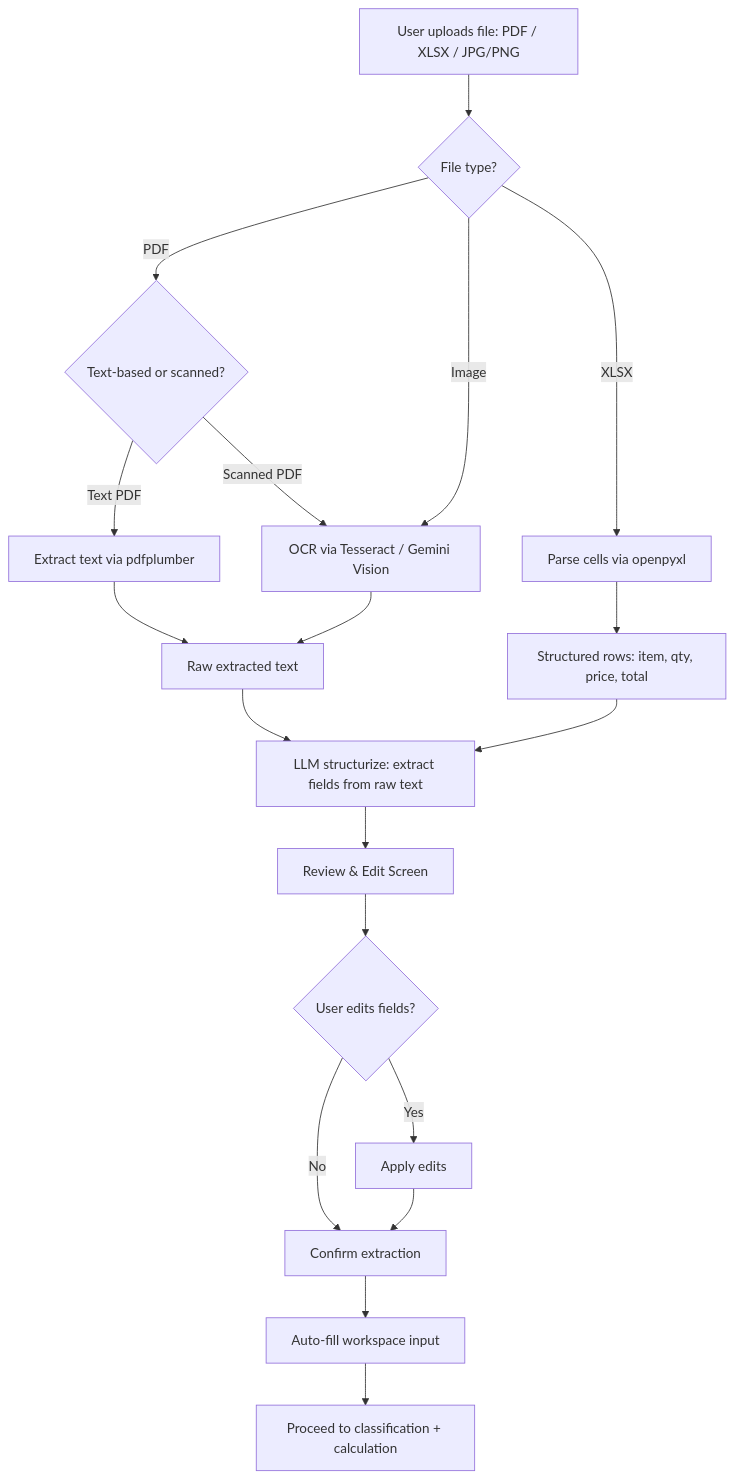
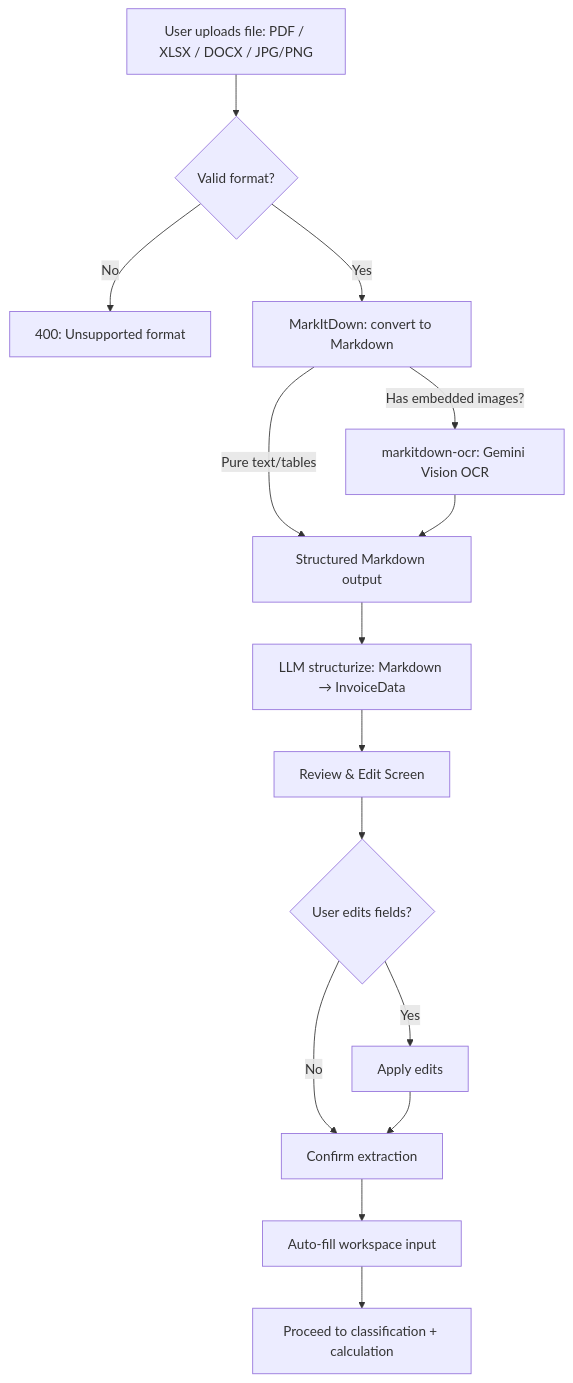
The first of 3 diagrams in flows/integrations/document_parsing_flow.md (Laurentzius/smartkeden), drawn with Mermaid before and after one commit. The commit also changed other lines of this file and 23 other files, not shown here.

````diff
--- a/flows/integrations/document_parsing_flow.md
+++ b/flows/integrations/document_parsing_flow.md
@@ -54,27 +53,21 @@
 ```mermaid
 flowchart TD
-  Upload[User uploads file: PDF / XLSX / JPG/PNG] --> DetectType{File type?}
+  Upload[User uploads file: PDF / XLSX / DOCX / JPG/PNG] --> Validate{Valid format?}
+  Validate -->|No| Reject[400: Unsupported format]
+  Validate -->|Yes| MarkItDown[MarkItDown: convert to Markdown]
 
-  DetectType -->|PDF| PDFRoute{Text-based or scanned?}
-  PDFRoute -->|Text PDF| PDFText[Extract text via pdfplumber]
-  PDFRoute -->|Scanned PDF| OCR[OCR via Tesseract / Gemini Vision]
+  MarkItDown -->|Has embedded images?| OCRPlugin[markitdown-ocr: Gemini Vision OCR]
+  MarkItDown -->|Pure text/tables| Markdown[Structured Markdown output]
+  OCRPlugin --> Markdown
 
-  DetectType -->|XLSX| Excel[Parse cells via openpyxl]
-  DetectType -->|Image| OCR
+  Markdown --> LLMStruct[LLM structurize: Markdown → InvoiceData]
+  LLMStruct --> ReviewScreen[Review & Edit Screen]
 
-  PDFText --> RawText[Raw extracted text]
-  OCR --> RawText
-  Excel --> StructuredRows[Structured rows: item, qty, price, total]
-
-  RawText --> LLMStruct[LLM structurize: extract fields from raw text]
-  StructuredRows --> LLMStruct
-
-  LLMStruct --> ReviewScreen[Review & Edit Screen]
   ReviewScreen --> UserEdits{User edits fields?}
   UserEdits -->|Yes| Edited[Apply edits]
   UserEdits -->|No| Confirm[Confirm extraction]
   Edited --> Confirm
 
   Confirm --> FillWorkspace[Auto-fill workspace input]
   FillWorkspace --> CalcPipeline[Proceed to classification + calculation]
 ```
````
